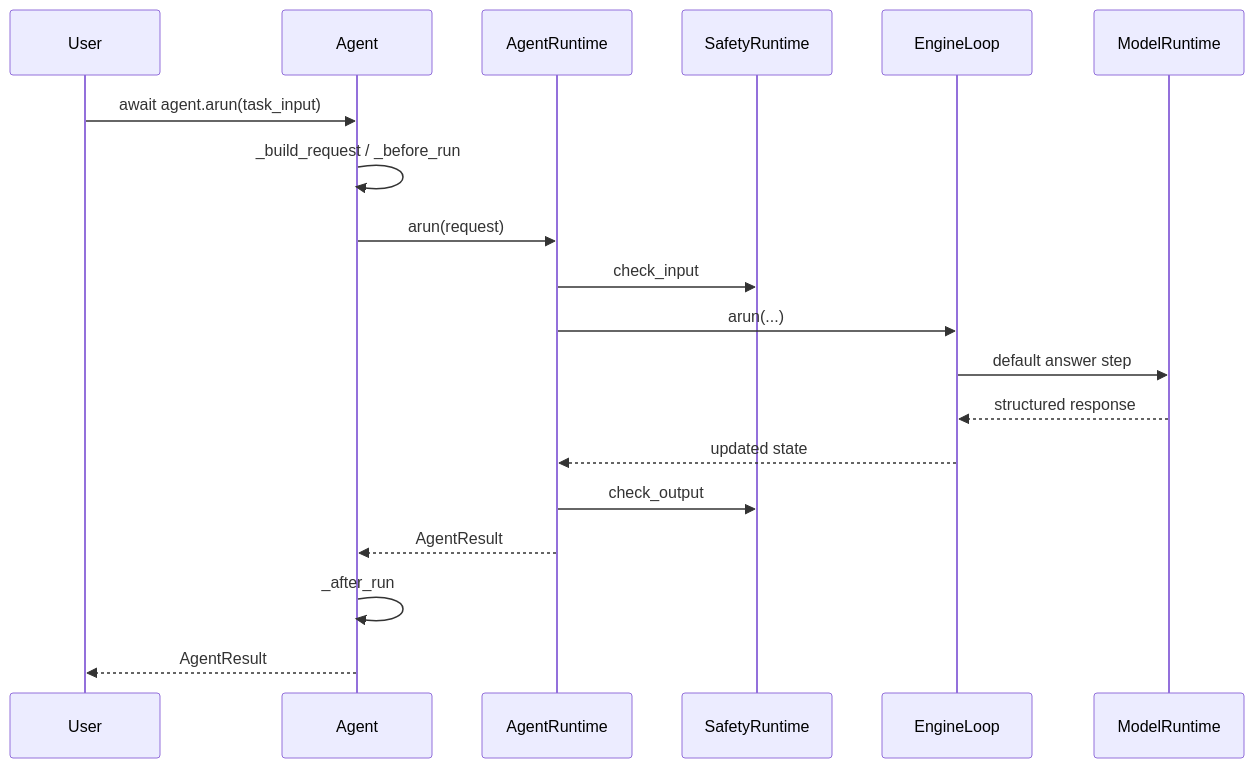
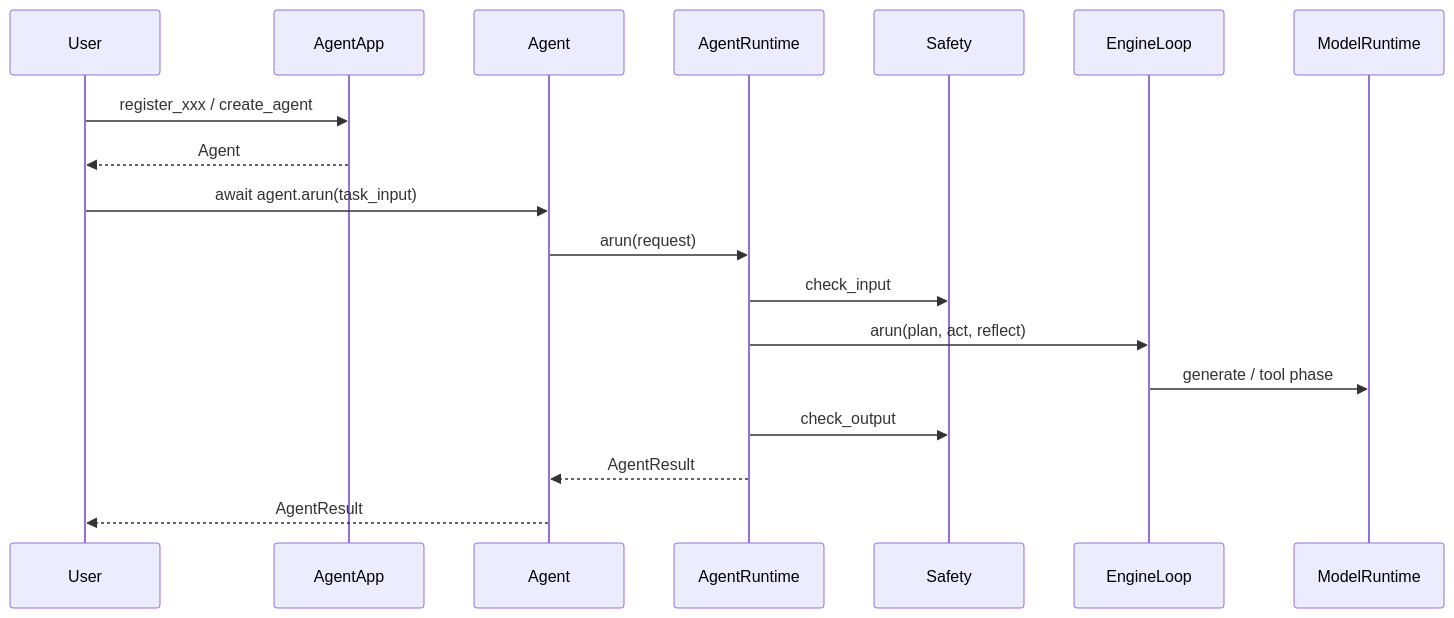
One commit to 869413421/build_agent changed the third of 3 diagrams in docs/tutorials/12-从0到1工业级Agent框架打造-第十二章-Agent-开箱即用入口与可扩展编排层.md. Above: the diagram before and after it, drawn with Mermaid. The commit also changed other lines of this file and 9 other files, not shown here.

````diff
--- a/docs/tutorials/12-从0到1工业级Agent框架打造-第十二章-Agent-开箱即用入口与可扩展编排层.md
+++ b/docs/tutorials/12-从0到1工业级Agent框架打造-第十二章-Agent-开箱即用入口与可扩展编排层.md
@@ -89,22 +117,21 @@
 ```mermaid
 sequenceDiagram
-  participant U as User
-  participant A as Agent
-  participant R as AgentRuntime
-  participant S as SafetyRuntime
-  participant E as EngineLoop
-  participant M as ModelRuntime
+  participant User as User
+  participant App as AgentApp
+  participant Agent as Agent
+  participant Runtime as AgentRuntime
+  participant Safety as Safety
+  participant Engine as EngineLoop
+  participant Model as ModelRuntime
 
-  U->>A: await agent.arun(task_input)
-  A->>A: _build_request / _before_run
-  A->>R: arun(request)
-  R->>S: check_input
-  R->>E: arun(...)
-  E->>M: default answer step
-  M-->>E: structured response
-  E-->>R: updated state
-  R->>S: check_output
-  R-->>A: AgentResult
-  A->>A: _after_run
-  A-->>U: AgentResult
+  User->>App: register_xxx / create_agent
+  App-->>User: Agent
+  User->>Agent: await agent.arun(task_input)
+  Agent->>Runtime: arun(request)
+  Runtime->>Safety: check_input
+  Runtime->>Engine: arun(plan, act, reflect)
+  Engine->>Model: generate / tool phase
+  Runtime->>Safety: check_output
+  Runtime-->>Agent: AgentResult
+  Agent-->>User: AgentResult
 ```
````
